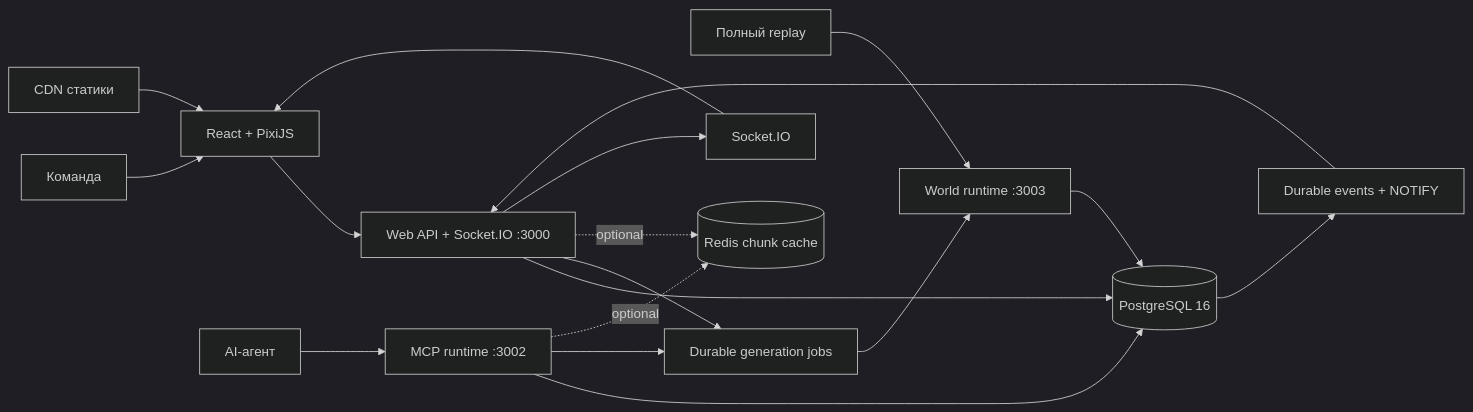
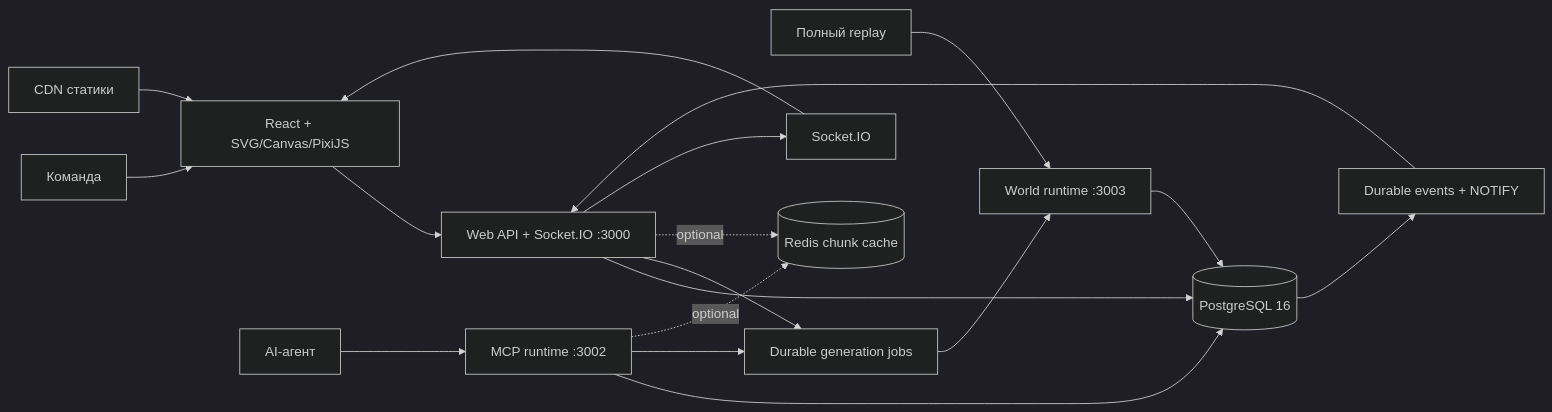
The diagram in README.md (afkbot-io/tasktopia), drawn with Mermaid (dark theme) before and after one commit. The commit also changed other lines of this file and 18 other files, not shown here.

````diff
--- a/README.md
+++ b/README.md
@@ -218,20 +218,20 @@
 ```mermaid
 flowchart LR
-    Team["Команда"] --> Web["React + PixiJS"]
+    Team["Команда"] --> Web["React + SVG/Canvas/PixiJS"]
     Agent["AI-агент"] --> MCP["MCP runtime :3002"]
     Web --> API["Web API + Socket.IO :3000"]
     Operator["Полный replay"] --> World["World runtime :3003"]
     API --> DB[("PostgreSQL 16")]
     MCP --> DB
     World --> DB
     API --> Jobs["Durable generation jobs"]
     MCP --> Jobs
     Jobs --> World
     API -. optional .-> Redis[("Redis chunk cache")]
     MCP -. optional .-> Redis
     DB --> Events["Durable events + NOTIFY"]
     Events --> API
     API --> Socket["Socket.IO"]
     Socket --> Web
     CDN["CDN статики"] --> Web
 ```
````
